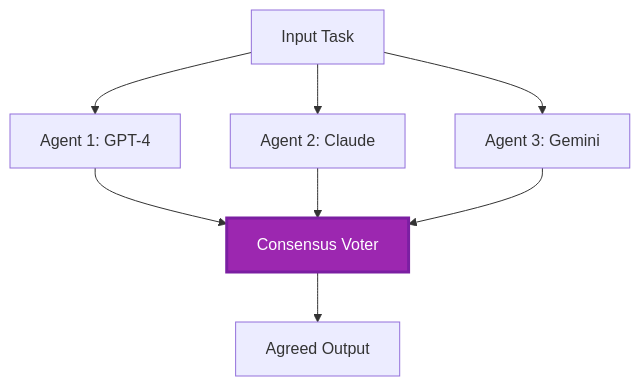
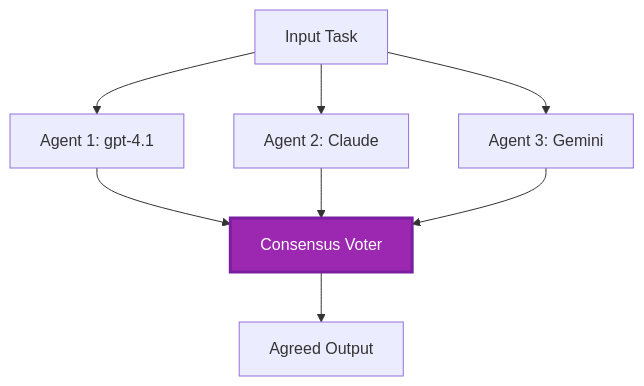
The sixth of 7 diagrams in docs/chapter-06-pre-deployment/coordination-patterns.md (microsoft/AZD-for-beginners), drawn with Mermaid before and after one commit. The commit also changed other lines of this file and 33 other files, not shown here.

````diff
--- a/docs/chapter-06-pre-deployment/coordination-patterns.md
+++ b/docs/chapter-06-pre-deployment/coordination-patterns.md
@@ -235,19 +230,19 @@
 ```mermaid
 graph TB
     Input[Input Task]
-    Agent1[Agent 1: GPT-4]
+    Agent1[Agent 1: gpt-4.1]
     Agent2[Agent 2: Claude]
     Agent3[Agent 3: Gemini]
     Voter[Consensus Voter]
     Output[Agreed Output]
     
     Input --> Agent1
     Input --> Agent2
     Input --> Agent3
     Agent1 --> Voter
     Agent2 --> Voter
     Agent3 --> Voter
     Voter --> Output
     
     style Voter fill:#9C27B0,stroke:#7B1FA2,stroke-width:3px,color:#fff
 ```
````
